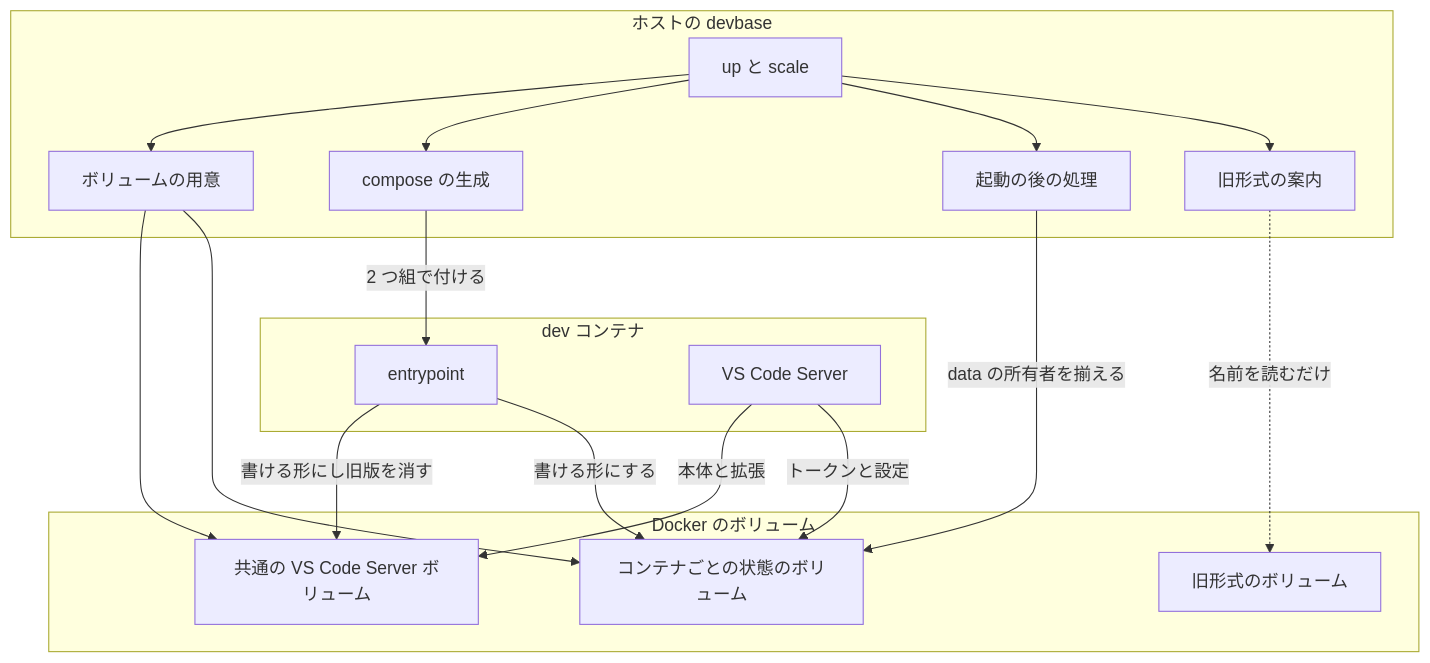
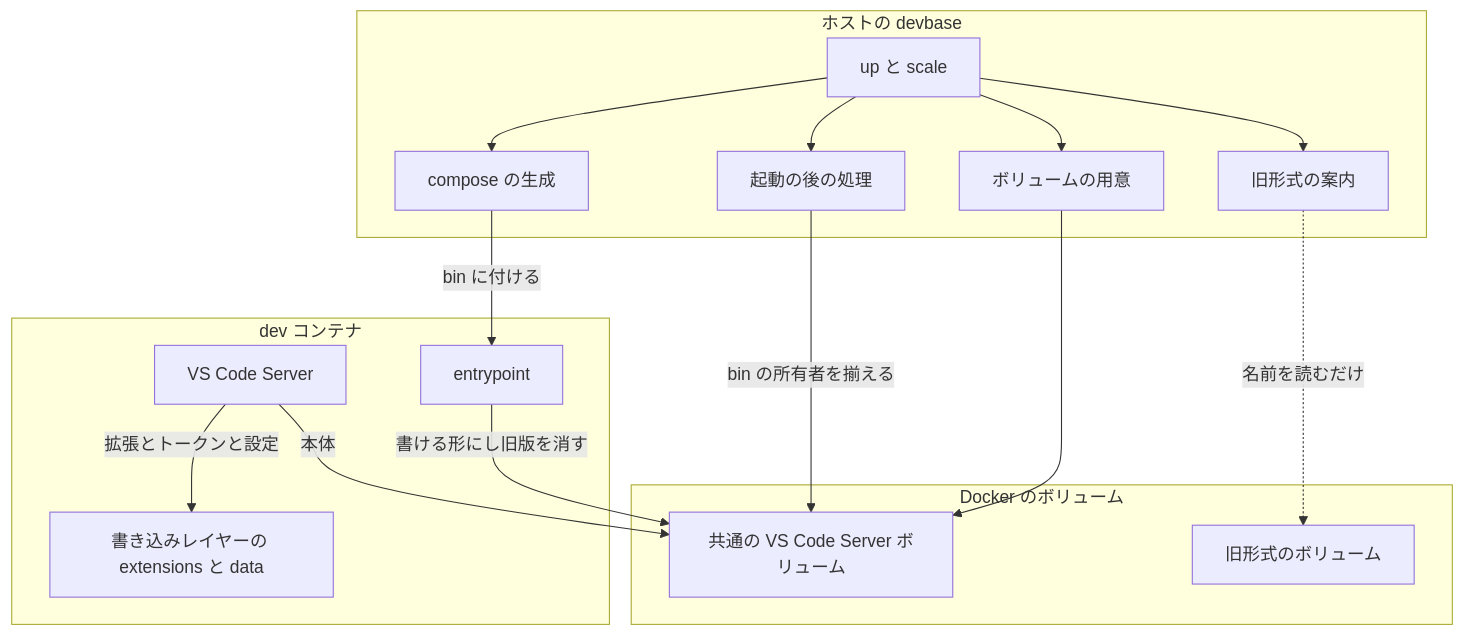
The first of 5 diagrams in issues/issue-463-design.md (devbasex/devbase), drawn with Mermaid before and after one commit. The commit also changed other lines of this file and 3 other files, not shown here.

````diff
--- a/issues/issue-463-design.md
+++ b/issues/issue-463-design.md
@@ -153,29 +158,27 @@
 ```mermaid
 graph TD
     subgraph ホストの devbase
         UP[up と scale]
         VM[ボリュームの用意]
         CG[compose の生成]
         PS[起動の後の処理]
         LG[旧形式の案内]
     end
     subgraph dev コンテナ
         EP[entrypoint]
         VS[VS Code Server]
+        WL[書き込みレイヤーの extensions と data]
     end
     subgraph Docker のボリューム
         SV[共通の VS Code Server ボリューム]
-        DV[コンテナごとの状態のボリューム]
         OV[旧形式のボリューム]
     end
     UP --> VM --> SV
-    VM --> DV
     UP --> CG
-    CG -->|2 つ組で付ける| EP
-    UP --> PS -->|data の所有者を揃える| DV
+    CG -->|bin に付ける| EP
+    UP --> PS -->|bin の所有者を揃える| SV
     UP --> LG -.->|名前を読むだけ| OV
     EP -->|書ける形にし旧版を消す| SV
-    EP -->|書ける形にする| DV
-    VS -->|本体と拡張| SV
-    VS -->|トークンと設定| DV
+    VS -->|本体| SV
+    VS -->|拡張とトークンと設定| WL
 ```
````
